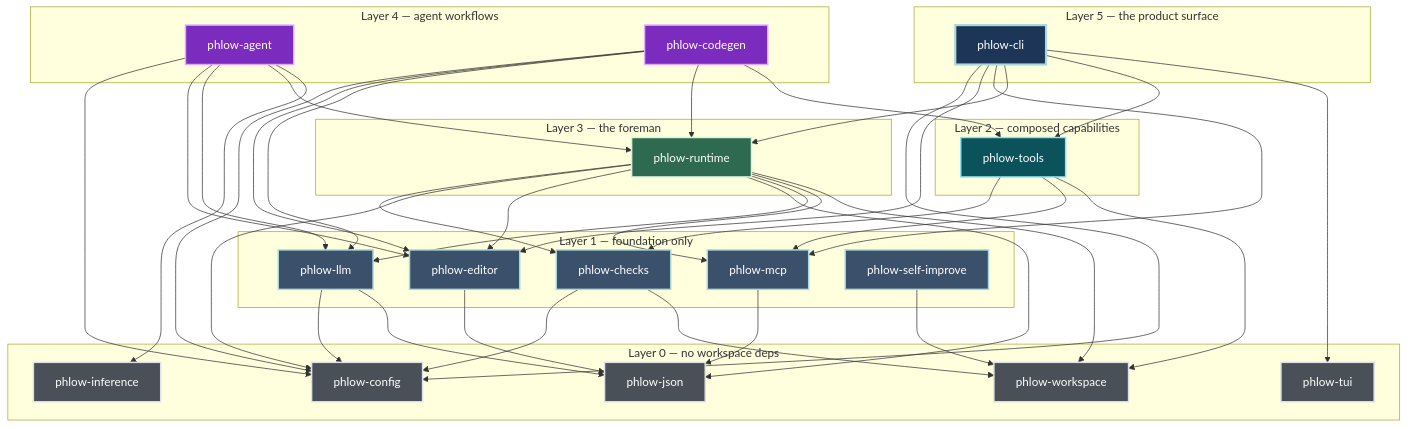
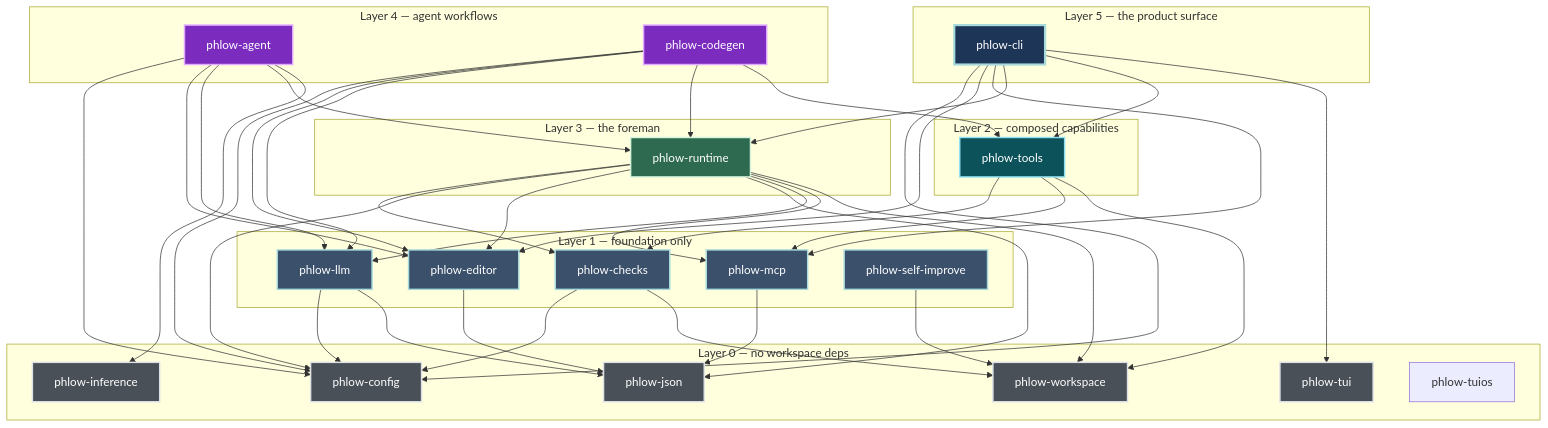
Before and after one commit to qompassai/phlow: the second of 5 diagrams in docs/ARCHITECTURE.md, drawn with Mermaid. The commit also changed other lines of this file and 1 other file, not shown here.

First line of the commit message:
docs: ARCHITECTURE.md + CHANGELOG.md for the phlow-tuios landing

```diff
--- a/docs/ARCHITECTURE.md
+++ b/docs/ARCHITECTURE.md
@@ -153,6 +155,7 @@
         wsp["phlow-workspace"]
         inf["phlow-inference"]
         tui["phlow-tui"]
+        tio["phlow-tuios"]
     end
 
     subgraph L1["Layer 1 — foundation only"]
```
